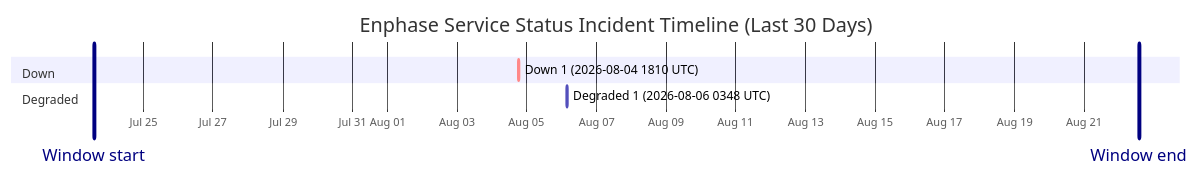
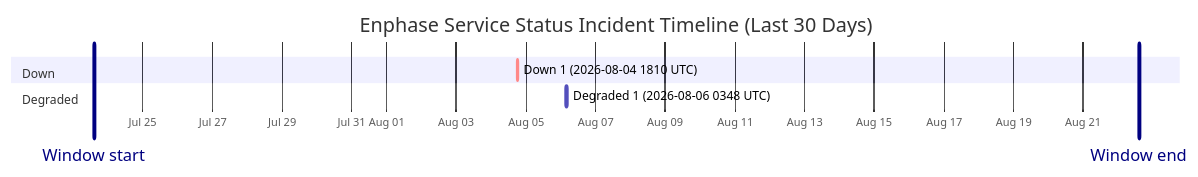
The diagram in wiki/Service-Status-History.md (barneyonline/ha-enphase-energy), drawn with Mermaid before and after one commit. The commit also changed other lines of this file and 3 other files, not shown here.

````diff
--- a/wiki/Service-Status-History.md
+++ b/wiki/Service-Status-History.md
@@ -14,12 +14,12 @@
 ```mermaid
 gantt
     title Enphase Service Status Incident Timeline (Last 30 Days)
     dateFormat  YYYY-MM-DDTHH:mm:ss
     axisFormat  %b %d
-    Window start :vert, window-start, 2026-07-23T13:54:09, 0ms
-    Window end :vert, window-end, 2026-08-22T13:54:09, 0ms
+    Window start :vert, window-start, 2026-07-23T14:19:01, 0ms
+    Window end :vert, window-end, 2026-08-22T14:19:01, 0ms
     section Down
     Down 1 (2026-08-04 1810 UTC) :crit, down-1, 2026-08-04T18:10:46, 60m
     section Degraded
     Degraded 1 (2026-08-06 0348 UTC) :active, degraded-1, 2026-08-06T03:48:14, 60m
 ```
````
